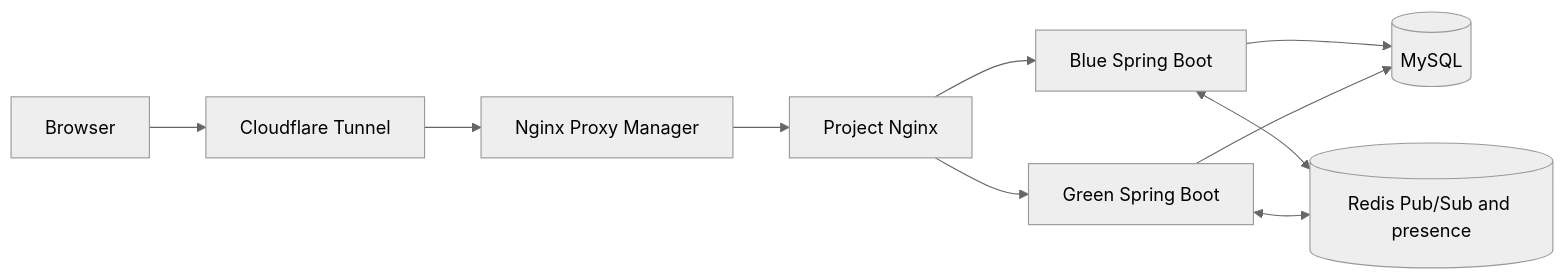
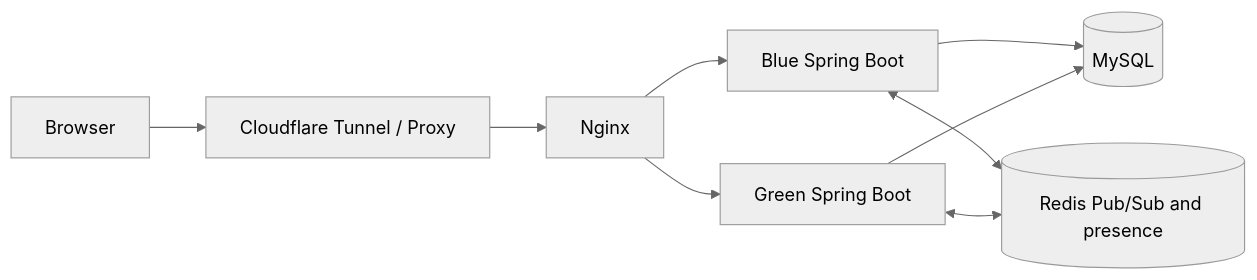
Before and after one commit to dtrtjl0101/chatting: the diagram in PORTFOLIO.md, drawn with Mermaid (neutral theme). The commit also changed other lines of this file and 12 other files, not shown here.

````diff
--- a/PORTFOLIO.md
+++ b/PORTFOLIO.md
@@ -37,12 +39,11 @@
 ```mermaid
 flowchart LR
-    Browser[Browser] --> CF[Cloudflare Tunnel]
-    CF --> NPM[Nginx Proxy Manager]
-    NPM --> Proxy[Project Nginx]
-    Proxy --> Blue[Blue Spring Boot]
-    Proxy --> Green[Green Spring Boot]
+    Browser[Browser] --> Edge[Cloudflare Tunnel / Proxy]
+    Edge --> Nginx[Nginx]
+    Nginx --> Blue[Blue Spring Boot]
+    Nginx --> Green[Green Spring Boot]
     Blue --> MySQL[(MySQL)]
     Green --> MySQL
     Blue <--> Redis[(Redis Pub/Sub and presence)]
     Green <--> Redis
 ```
````
